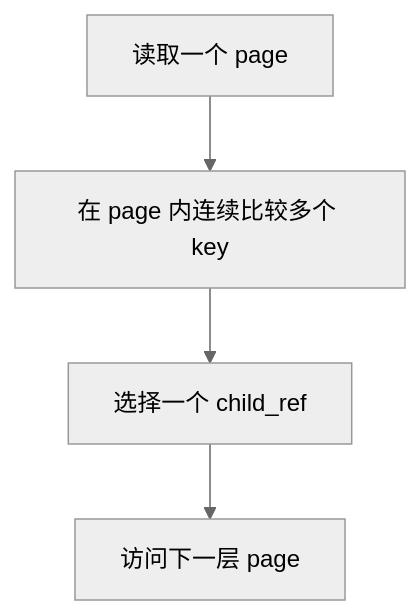
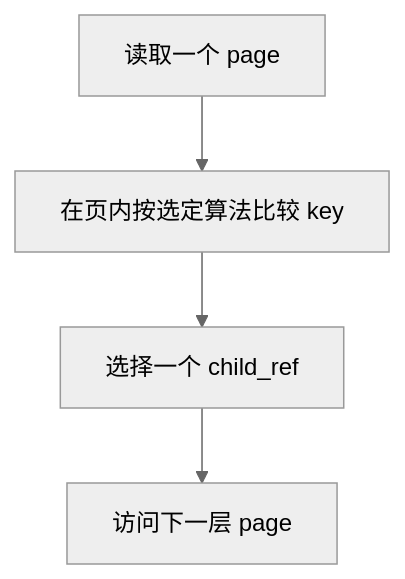
One commit to FormingSystem/linux_note changed diagram 12 of 24 in knowledge/linux/data_structures/红黑树_rb-tree/P34_从多路节点到页级索引.md. Above: the diagram before and after it, drawn with Mermaid (neutral theme). The commit also changed other lines of this file and 8 other files, not shown here.

````diff
--- a/knowledge/linux/data_structures/红黑树_rb-tree/P34_从多路节点到页级索引.md
+++ b/knowledge/linux/data_structures/红黑树_rb-tree/P34_从多路节点到页级索引.md
@@ -440,11 +433,11 @@
 ```mermaid
 graph TD
 	load_page["读取一个 page"]
-	search_keys["在 page 内连续比较多个 key"]
+	search_keys["在页内按选定算法比较 key"]
 	select_child["选择一个 child_ref"]
 	load_child_page["访问下一层 page"]
 
 	load_page --> search_keys
 	search_keys --> select_child
 	select_child --> load_child_page
 ```
````
